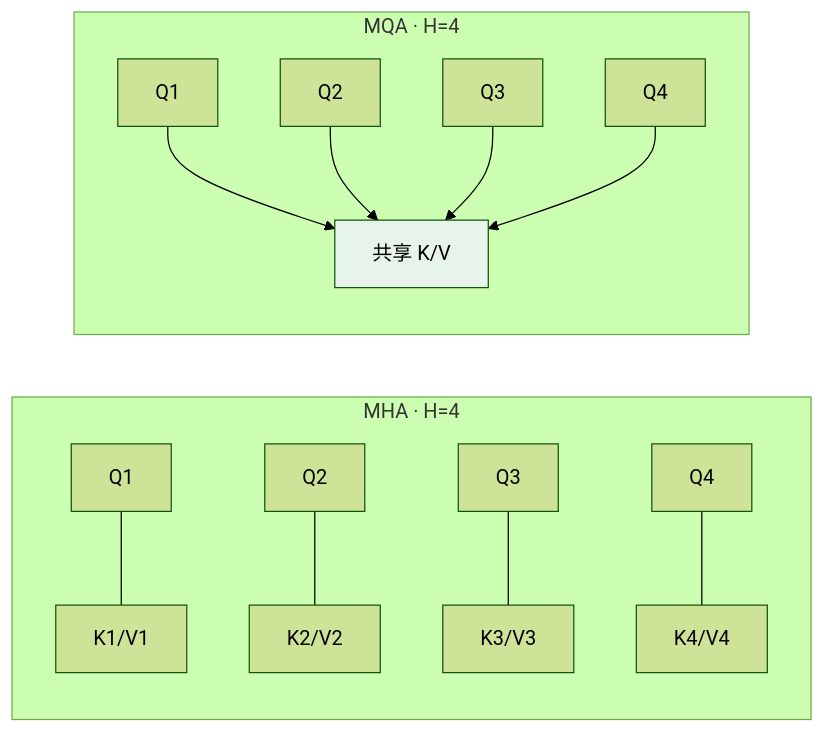
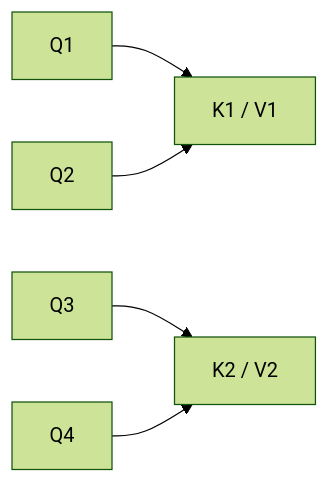
One commit to oneleaveknowsthefall/awesome-ai-roadmap changed the first of 2 diagrams in docs/llm/01-foundations/03-attention-variants.md. Above: the diagram before and after it, drawn with Mermaid (forest theme). The commit also changed other lines of this file and 45 other files, not shown here.

````diff
--- a/docs/llm/01-foundations/03-attention-variants.md
+++ b/docs/llm/01-foundations/03-attention-variants.md
@@ -75,18 +52,7 @@
 ```mermaid
 flowchart LR
-    subgraph MHA_D["MHA · H=4"]
-        Q1[Q1]---K1[K1/V1]
-        Q2[Q2]---K2[K2/V2]
-        Q3[Q3]---K3[K3/V3]
-        Q4[Q4]---K4[K4/V4]
-    end
-
-    subgraph MQA_D["MQA · H=4"]
-        MQ1[Q1] --> SKV[共享 K/V]
-        MQ2[Q2] --> SKV
-        MQ3[Q3] --> SKV
-        MQ4[Q4] --> SKV
-    end
-
-    style SKV fill:#e6f4ea
+    Q1["Q1"] --> K1["K1 / V1"]
+    Q2["Q2"] --> K1
+    Q3["Q3"] --> K2["K2 / V2"]
+    Q4["Q4"] --> K2
 ```
````
